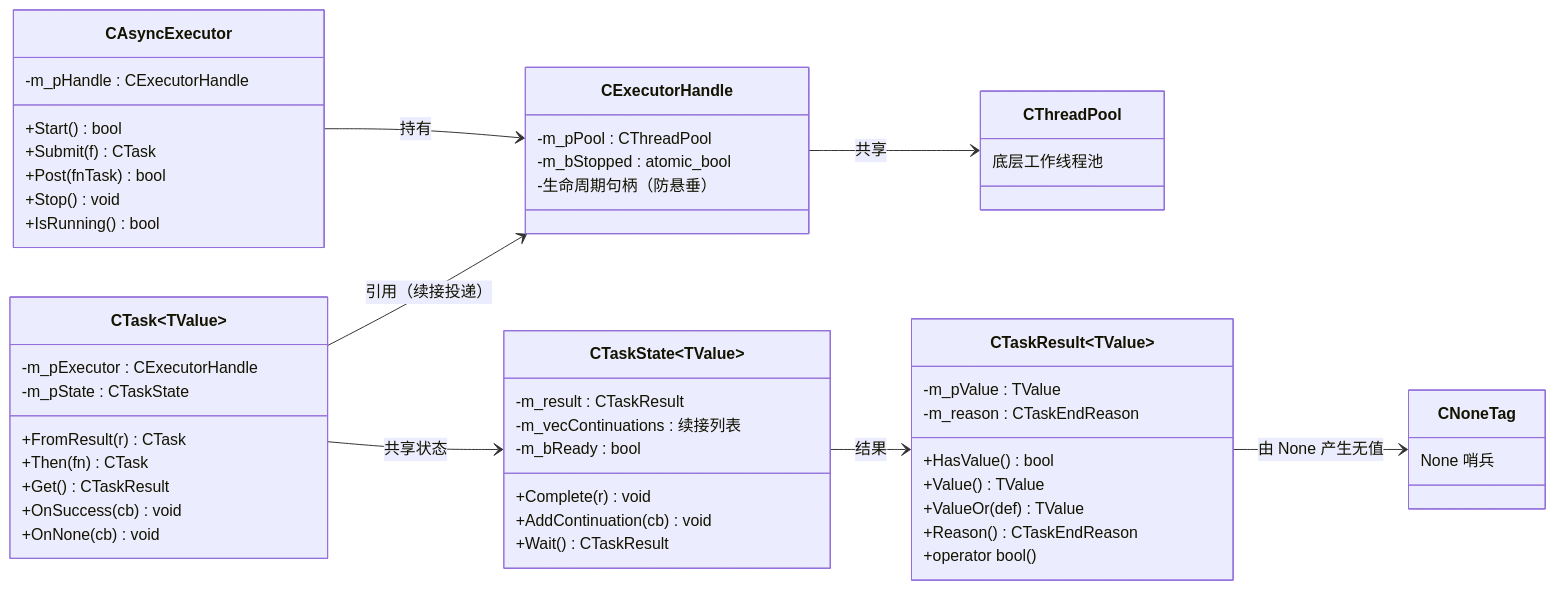
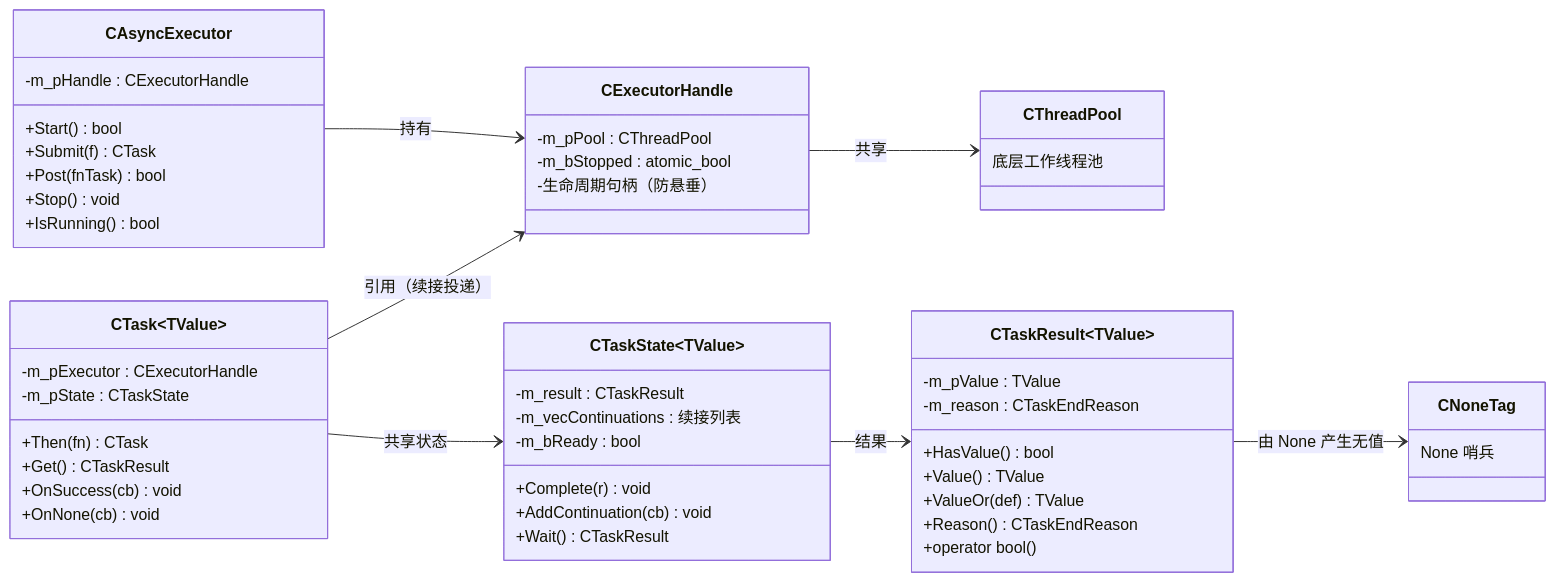
Before and after one commit to MYMarcoreus/COM-Framework: the first of 13 diagrams in Common/Async/docs/async-nothrow.md, drawn with Mermaid. The commit also changed other lines of this file and 4 other files, not shown here.

````diff
--- a/Common/Async/docs/async-nothrow.md
+++ b/Common/Async/docs/async-nothrow.md
@@ -59,57 +59,56 @@
 ```mermaid
 classDiagram
     direction LR
 
     class CAsyncExecutor {
         +Start() bool
         +Submit(f) CTask
         +Post(fnTask) bool
         +Stop() void
         +IsRunning() bool
         -m_pHandle : CExecutorHandle
     }
     class CExecutorHandle {
         -m_pPool : CThreadPool
         -m_bStopped : atomic_bool
         -生命周期句柄（防悬垂）
     }
     class CThreadPool {
         底层工作线程池
     }
     class CTask~TValue~ {
-        +FromResult(r) CTask
         +Then(fn) CTask
         +Get() CTaskResult
         +OnSuccess(cb) void
         +OnNone(cb) void
         -m_pExecutor : CExecutorHandle
         -m_pState : CTaskState
     }
     class CTaskState~TValue~ {
         +Complete(r) void
         +AddContinuation(cb) void
         +Wait() CTaskResult
         -m_result : CTaskResult
         -m_vecContinuations : 续接列表
         -m_bReady : bool
     }
     class CTaskResult~TValue~ {
         +HasValue() bool
         +Value() TValue
         +ValueOr(def) TValue
         +Reason() CTaskEndReason
         +operator bool()
         -m_pValue : TValue
         -m_reason : CTaskEndReason
     }
     class CNoneTag {
         None 哨兵
     }
 
     CAsyncExecutor --> CExecutorHandle : 持有
     CExecutorHandle --> CThreadPool : 共享
     CTask --> CExecutorHandle : 引用（续接投递）
     CTask --> CTaskState : 共享状态
     CTaskState --> CTaskResult : 结果
     CTaskResult --> CNoneTag : 由 None 产生无值
 ```
````
